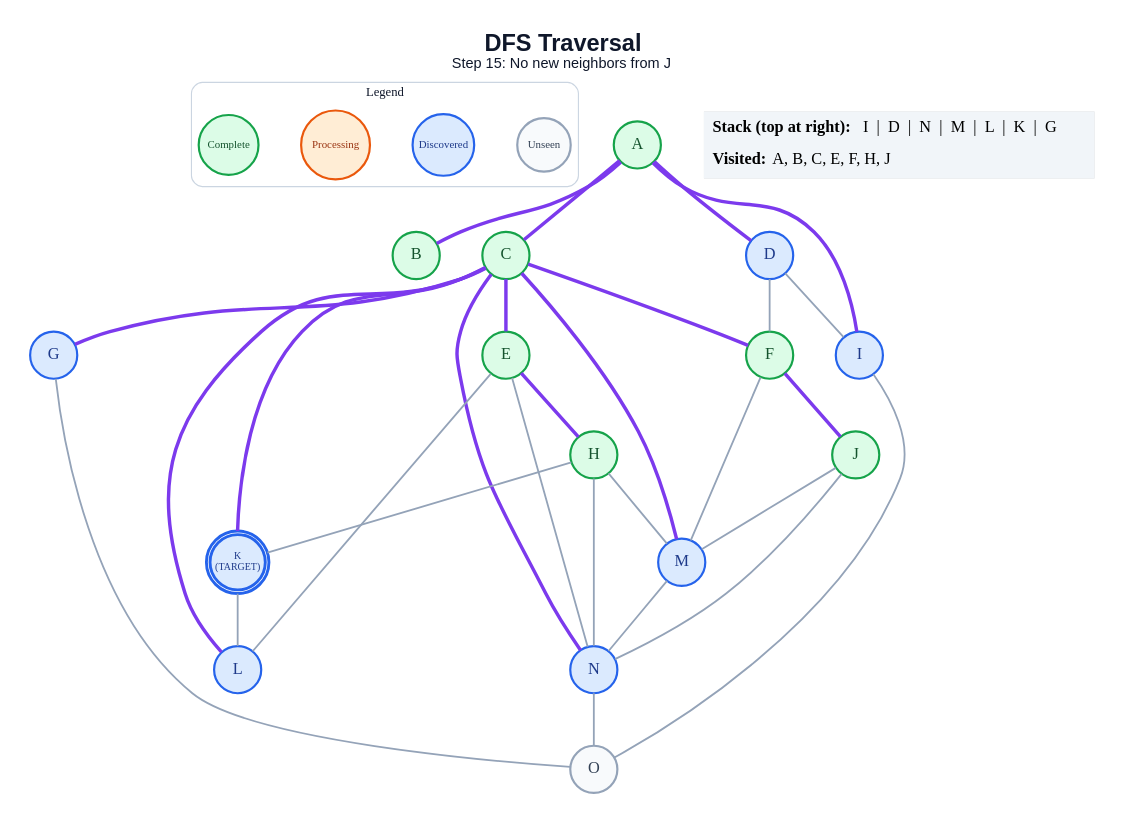
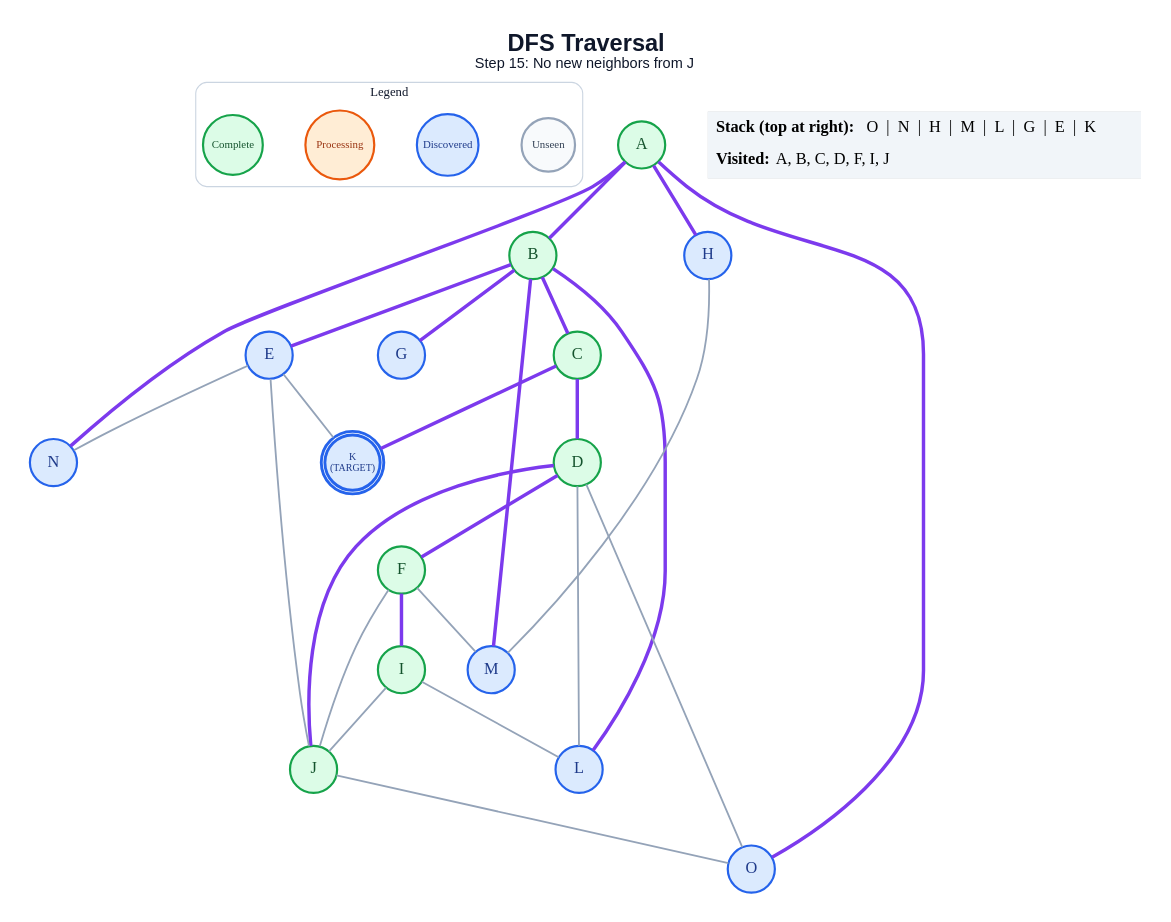
One commit to anon7238593-create/ai-slop changed the diagram in generated/dfs/step_15.dot. Above: the diagram before and after it, drawn with Graphviz. The commit also changed 248 other files, not shown here.

```diff
--- a/generated/dfs/step_15.dot
+++ b/generated/dfs/step_15.dot
@@ -1,62 +1,59 @@
 graph traversal {
   graph [layout=dot, rankdir=TB, bgcolor="#FFFFFF", pad="0.35", nodesep="0.65", ranksep="0.8", fontname="Arial"];
   node [shape=circle, style="filled", fontname="Arial Bold", fontsize=18, width=0.72, fixedsize=true, penwidth=2.4];
   edge [color="#94A3B8", penwidth=2.0];
   label=<<B>DFS Traversal</B><BR/><FONT POINT-SIZE="16">Step 15: No new neighbors from J</FONT>>; labelloc="t"; fontsize=26; fontname="Arial"; fontcolor="#0F172A";
   subgraph cluster_legend { label="Legend"; color="#CBD5E1"; penwidth=1.2; style="rounded"; fontsize=14; fontname="Arial Bold";
     key_unseen [label="Unseen", fillcolor="#F8FAFC", color="#94A3B8", fontcolor="#334155", fontsize=12, width=0.82];
     key_frontier [label="Discovered", fillcolor="#DBEAFE", color="#2563EB", fontcolor="#1E3A8A", fontsize=12, width=0.95];
     key_current [label="Processing", fillcolor="#FFEDD5", color="#EA580C", fontcolor="#9A3412", fontsize=12, width=1.05];
     key_done [label="Complete", fillcolor="#DCFCE7", color="#16A34A", fontcolor="#14532D", fontsize=12, width=0.92];
     { rank=same; key_unseen; key_frontier; key_current; key_done; }
   }
   A [label="A", fillcolor="#DCFCE7", color="#16A34A", fontcolor="#14532D", peripheries=1, penwidth=2.4];
   B [label="B", fillcolor="#DCFCE7", color="#16A34A", fontcolor="#14532D", peripheries=1, penwidth=2.4];
   C [label="C", fillcolor="#DCFCE7", color="#16A34A", fontcolor="#14532D", peripheries=1, penwidth=2.4];
-  D [label="D", fillcolor="#DBEAFE", color="#2563EB", fontcolor="#1E3A8A", peripheries=1, penwidth=2.4];
-  E [label="E", fillcolor="#DCFCE7", color="#16A34A", fontcolor="#14532D", peripheries=1, penwidth=2.4];
+  D [label="D", fillcolor="#DCFCE7", color="#16A34A", fontcolor="#14532D", peripheries=1, penwidth=2.4];
+  E [label="E", fillcolor="#DBEAFE", color="#2563EB", fontcolor="#1E3A8A", peripheries=1, penwidth=2.4];
   F [label="F", fillcolor="#DCFCE7", color="#16A34A", fontcolor="#14532D", peripheries=1, penwidth=2.4];
   G [label="G", fillcolor="#DBEAFE", color="#2563EB", fontcolor="#1E3A8A", peripheries=1, penwidth=2.4];
-  H [label="H", fillcolor="#DCFCE7", color="#16A34A", fontcolor="#14532D", peripheries=1, penwidth=2.4];
-  I [label="I", fillcolor="#DBEAFE", color="#2563EB", fontcolor="#1E3A8A", peripheries=1, penwidth=2.4];
+  H [label="H", fillcolor="#DBEAFE", color="#2563EB", fontcolor="#1E3A8A", peripheries=1, penwidth=2.4];
+  I [label="I", fillcolor="#DCFCE7", color="#16A34A", fontcolor="#14532D", peripheries=1, penwidth=2.4];
   J [label="J", fillcolor="#DCFCE7", color="#16A34A", fontcolor="#14532D", peripheries=1, penwidth=2.4];
   K [label="K\n(TARGET)", fillcolor="#DBEAFE", color="#2563EB", fontcolor="#1E3A8A", peripheries=2, penwidth=3.2, fontsize=11, width=0.85, height=0.85];
   L [label="L", fillcolor="#DBEAFE", color="#2563EB", fontcolor="#1E3A8A", peripheries=1, penwidth=2.4];
   M [label="M", fillcolor="#DBEAFE", color="#2563EB", fontcolor="#1E3A8A", peripheries=1, penwidth=2.4];
   N [label="N", fillcolor="#DBEAFE", color="#2563EB", fontcolor="#1E3A8A", peripheries=1, penwidth=2.4];
-  O [label="O", fillcolor="#F8FAFC", color="#94A3B8", fontcolor="#334155", peripheries=1, penwidth=2.4];
+  O [label="O", fillcolor="#DBEAFE", color="#2563EB", fontcolor="#1E3A8A", peripheries=1, penwidth=2.4];
   A -- B [color="#7C3AED", penwidth=3.8];
-  A -- C [color="#7C3AED", penwidth=3.8];
-  A -- D [color="#7C3AED", penwidth=3.8];
-  A -- I [color="#7C3AED", penwidth=3.8];
-  C -- E [color="#7C3AED", penwidth=3.8];
-  C -- F [color="#7C3AED", penwidth=3.8];
-  C -- G [color="#7C3AED", penwidth=3.8];
+  A -- H [color="#7C3AED", penwidth=3.8];
+  A -- N [color="#7C3AED", penwidth=3.8];
+  A -- O [color="#7C3AED", penwidth=3.8];
+  B -- C [color="#7C3AED", penwidth=3.8];
+  B -- E [color="#7C3AED", penwidth=3.8];
+  B -- G [color="#7C3AED", penwidth=3.8];
+  B -- L [color="#7C3AED", penwidth=3.8];
+  B -- M [color="#7C3AED", penwidth=3.8];
+  C -- D [color="#7C3AED", penwidth=3.8];
   C -- K [color="#7C3AED", penwidth=3.8];
-  C -- L [color="#7C3AED", penwidth=3.8];
-  C -- M [color="#7C3AED", penwidth=3.8];
-  C -- N [color="#7C3AED", penwidth=3.8];
-  D -- F;
-  D -- I;
-  E -- H [color="#7C3AED", penwidth=3.8];
-  E -- L;
+  D -- F [color="#7C3AED", penwidth=3.8];
+  D -- J [color="#7C3AED", penwidth=3.8];
+  D -- L;
+  D -- O;
+  E -- J;
+  E -- K;
   E -- N;
-  F -- J [color="#7C3AED", penwidth=3.8];
+  F -- I [color="#7C3AED", penwidth=3.8];
+  F -- J;
   F -- M;
-  G -- O;
-  H -- K;
   H -- M;
-  H -- N;
-  I -- O;
-  J -- M;
-  J -- N;
-  K -- L;
-  M -- N;
-  N -- O;
+  I -- J;
+  I -- L;
+  J -- O;
   status [shape=plain, fixedsize=false, width=0, height=0, margin=0, label=<
     <TABLE BORDER="0" CELLBORDER="0" CELLPADDING="7" BGCOLOR="#F1F5F9">
-      <TR><TD ALIGN="LEFT"><B>Stack (top at right):</B> I  |  D  |  N  |  M  |  L  |  K  |  G</TD></TR>
-      <TR><TD ALIGN="LEFT"><B>Visited:</B> A, B, C, E, F, H, J</TD></TR>
+      <TR><TD ALIGN="LEFT"><B>Stack (top at right):</B> O  |  N  |  H  |  M  |  L  |  G  |  E  |  K</TD></TR>
+      <TR><TD ALIGN="LEFT"><B>Visited:</B> A, B, C, D, F, I, J</TD></TR>
     </TABLE>
   >];
 }
```
